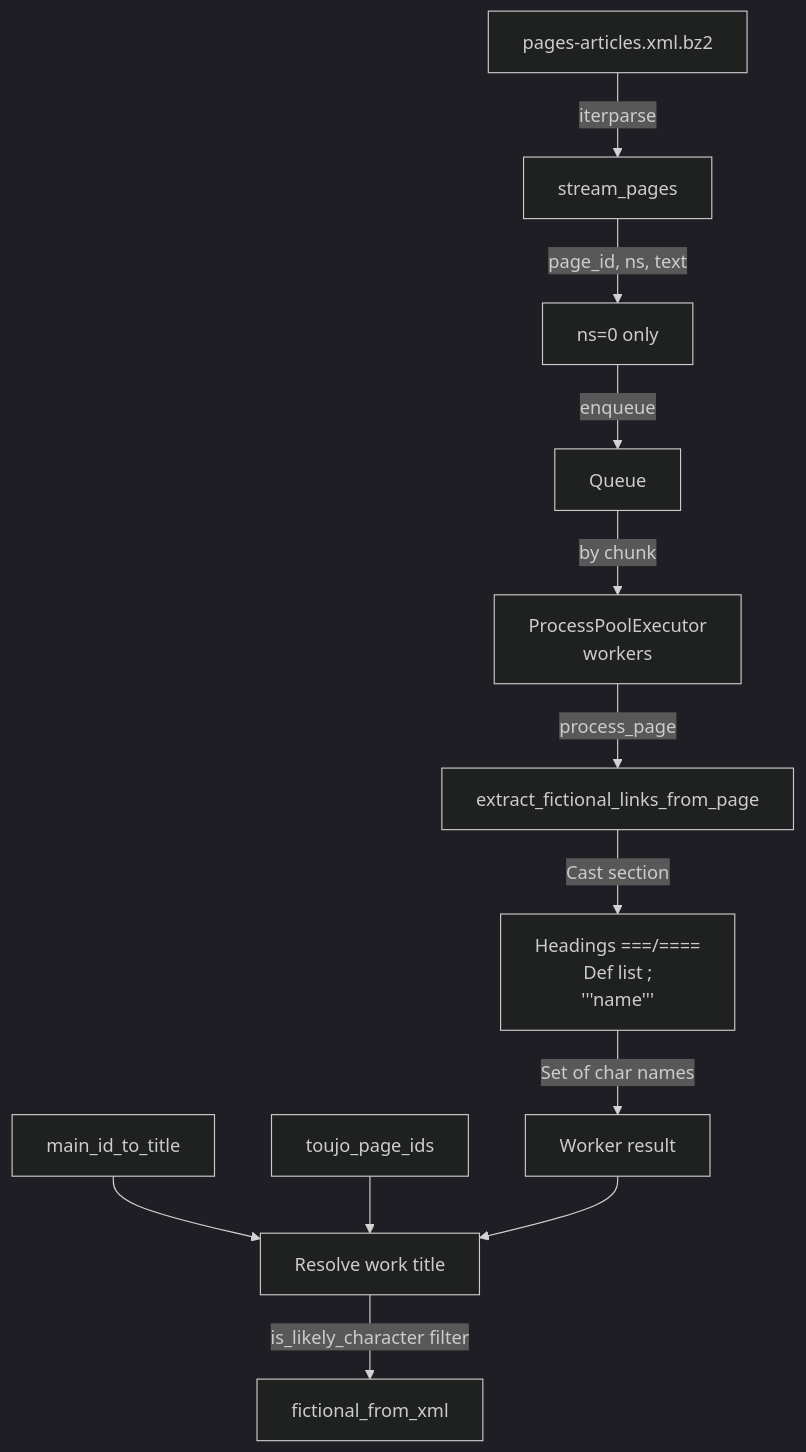
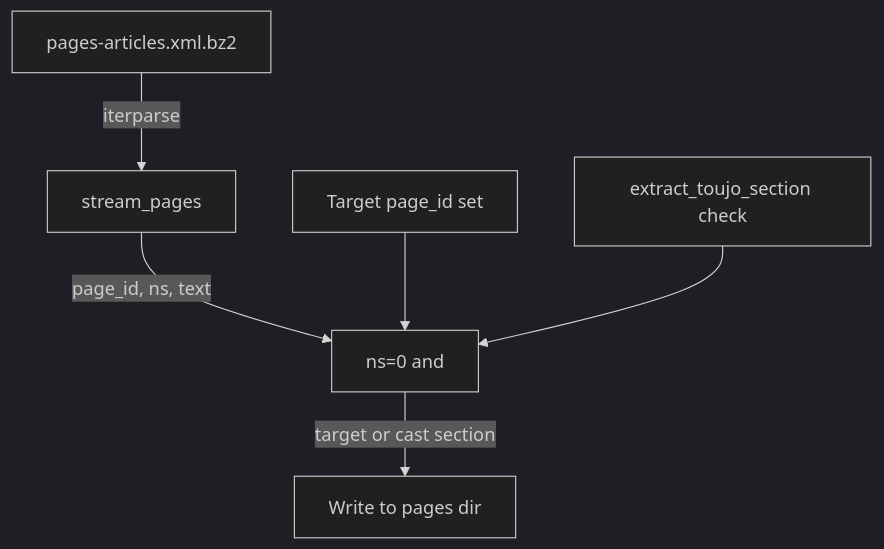
One commit to version0-1/wiki-extract changed the fourth of 4 diagrams in docs/DETAIL_en.md. Above: the diagram before and after it, drawn with Mermaid (dark theme). The commit also changed other lines of this file and 70 other files, not shown here.

````diff
--- a/docs/DETAIL_en.md
+++ b/docs/DETAIL_en.md
@@ -187,15 +213,9 @@
 ```mermaid
 flowchart TB
   XML[pages-articles.xml.bz2]
   XML -->|iterparse| stream[stream_pages]
-  stream -->|page_id, ns, text| filter[ns=0 only]
-  filter -->|enqueue| queue[Queue]
-  queue -->|by chunk| workers[ProcessPoolExecutor<br/>workers]
-  workers -->|process_page| section[extract_fictional_links_from_page]
-  section -->|Cast section| parse["Headings ===/====<br/>Def list ;<br/>'''name'''"]
-  parse -->|Set of char names| result[Worker result]
-  main_id[main_id_to_title] --> work_title[Resolve work title]
-  toujo[toujo_page_ids] --> work_title
-  result --> work_title
-  work_title -->|is_likely_character filter| fic_xml[fictional_from_xml]
+  stream -->|page_id, ns, text| filter[ns=0 and]
+  filter -->|target or cast section| write[Write to pages dir]
+  target_ids[Target page_id set] --> filter
+  section_check[extract_toujo_section check] --> filter
 ```
````
